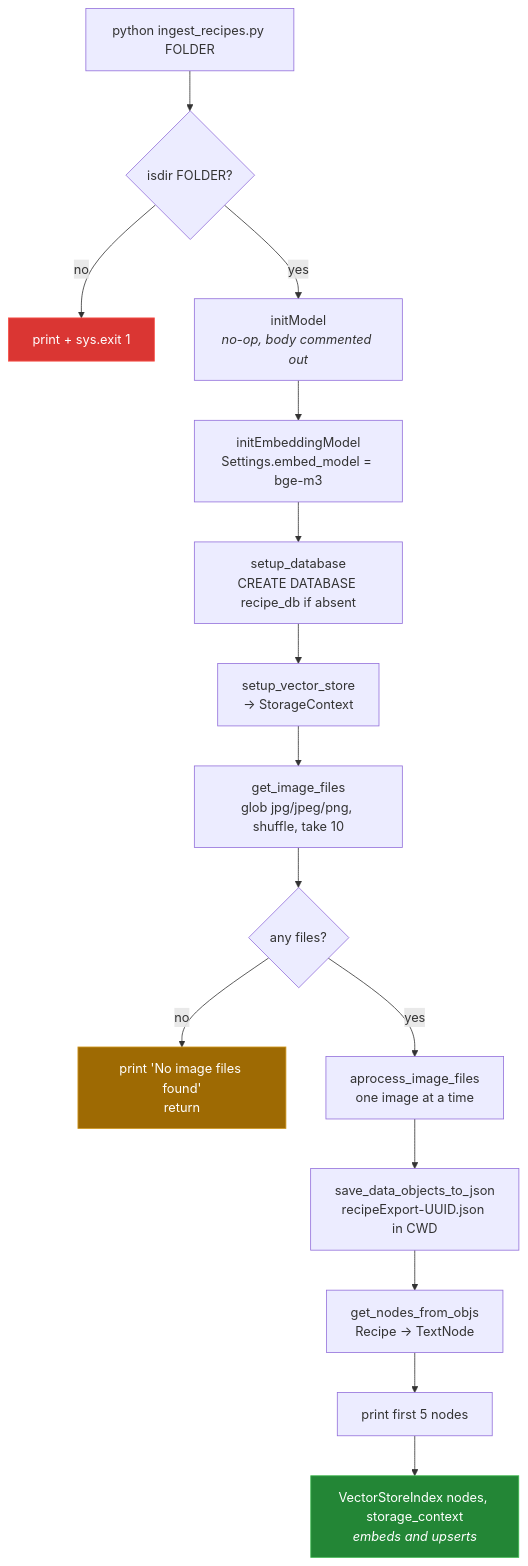
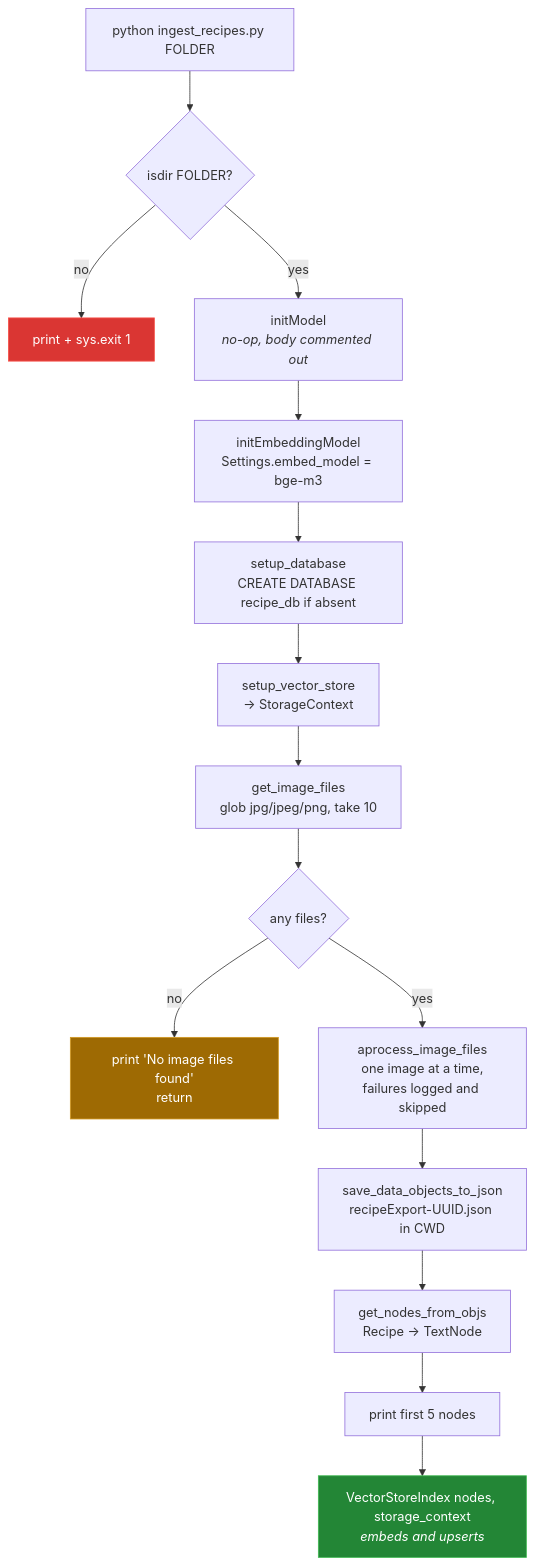
The diagram in docs/01-ingestion.md (Bissbert/cookingRAG), drawn with Mermaid before and after one commit. The commit also changed other lines of this file and 11 other files, not shown here.

````diff
--- a/docs/01-ingestion.md
+++ b/docs/01-ingestion.md
@@ -16,21 +16,21 @@
 ```mermaid
 flowchart TD
     A["python ingest_recipes.py FOLDER"] --> B{"isdir FOLDER?"}
     B -- no --> X["print + sys.exit 1"]
     B -- yes --> C["initModel<br/><i>no-op, body commented out</i>"]
     C --> D["initEmbeddingModel<br/>Settings.embed_model = bge-m3"]
     D --> E["setup_database<br/>CREATE DATABASE recipe_db if absent"]
     E --> F["setup_vector_store<br/>→ StorageContext"]
-    F --> G["get_image_files<br/>glob jpg/jpeg/png, shuffle, take 10"]
+    F --> G["get_image_files<br/>glob jpg/jpeg/png, take 10"]
     G --> H{"any files?"}
     H -- no --> Y["print 'No image files found'<br/>return"]
-    H -- yes --> I["aprocess_image_files<br/>one image at a time"]
+    H -- yes --> I["aprocess_image_files<br/>one image at a time,<br/>failures logged and skipped"]
     I --> J["save_data_objects_to_json<br/>recipeExport-UUID.json in CWD"]
     J --> K["get_nodes_from_objs<br/>Recipe → TextNode"]
     K --> L["print first 5 nodes"]
     L --> M["VectorStoreIndex nodes, storage_context<br/><i>embeds and upserts</i>"]
 
     style X fill:#da3633,stroke:#f85149,color:#fff
     style Y fill:#9e6a03,stroke:#d29922,color:#fff
     style M fill:#238636,stroke:#3fb950,color:#fff
 ```
````
